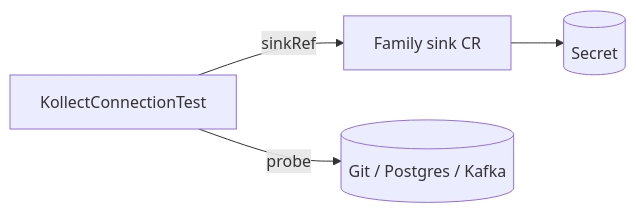
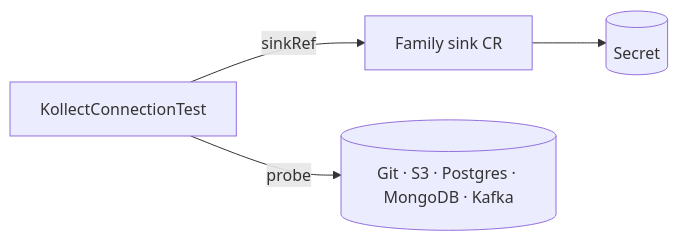
Before and after one commit to PlatformRelay/Kollect: the diagram in docs/crds/kollectconnectiontest.md, drawn with Mermaid. The commit also changed 16 other files, not shown here.

````diff
--- a/docs/crds/kollectconnectiontest.md
+++ b/docs/crds/kollectconnectiontest.md
@@ -20,11 +20,11 @@
 ```mermaid
 flowchart LR
   ConnTest[KollectConnectionTest]
   Sink[Family sink CR]
   Secret[(Secret)]
-  Backend[(Git / Postgres / Kafka)]
+  Backend[(Git · S3 · Postgres · MongoDB · Kafka)]
 
   ConnTest -->|sinkRef| Sink
   Sink --> Secret
   ConnTest -->|probe| Backend
 ```
````
